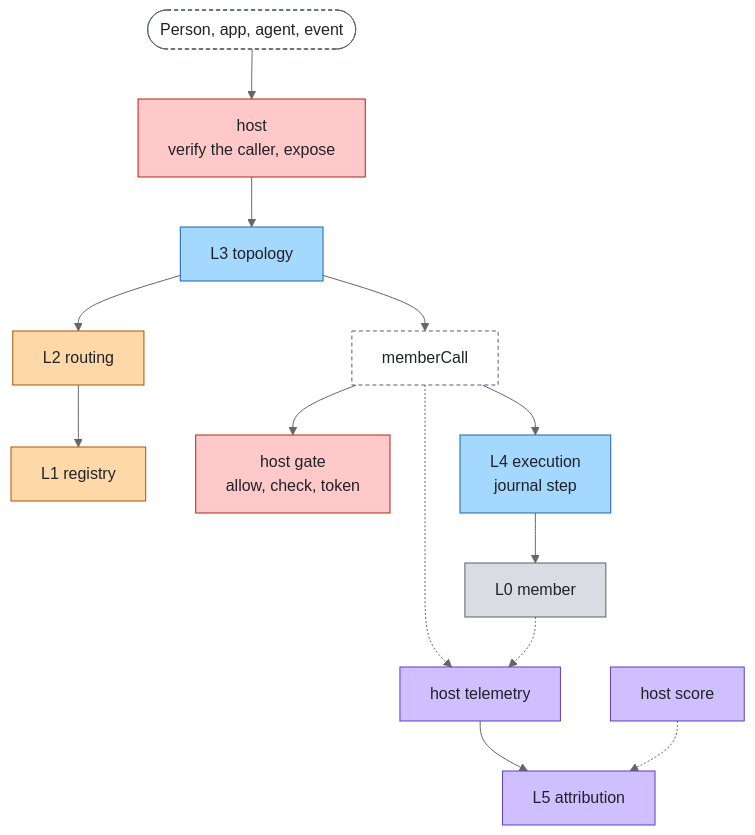
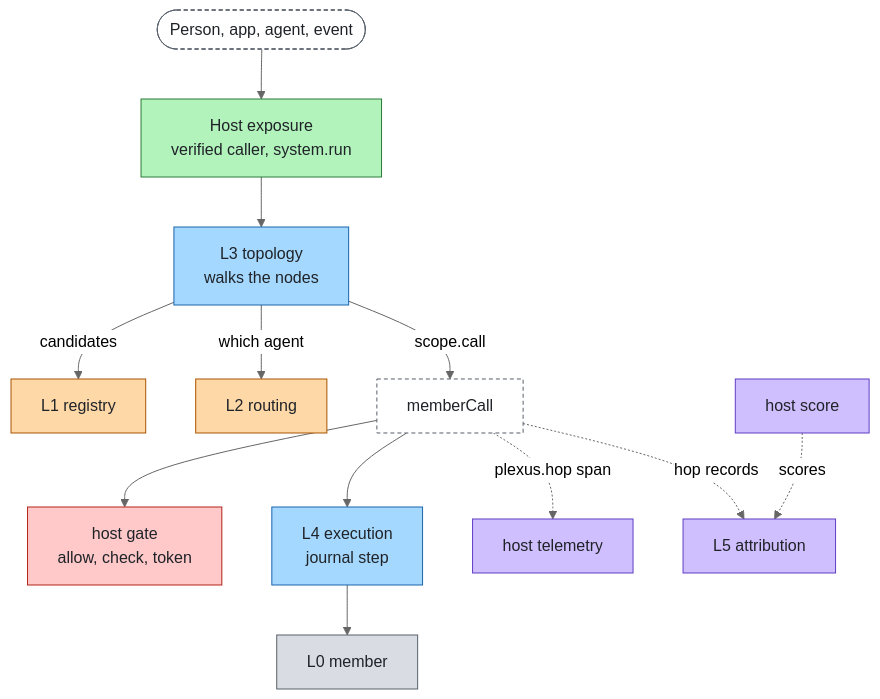
The second of 3 diagrams in docs/stack.md (aantenore/agent-plexus), drawn with Mermaid (neutral theme) before and after one commit. The commit also changed other lines of this file and 10 other files, not shown here.

First line of the commit message:
docs: system figure and diagrams in the agent-layers style

````diff
--- a/docs/stack.md
+++ b/docs/stack.md
@@ -67,21 +69,21 @@
 ```mermaid
 flowchart TB
-  client([Person, app, agent, event]):::external --> host[host<br/>verify the caller, expose]:::control
-  host --> topology[L3 topology]:::agent
-  topology --> routing[L2 routing]:::model
-  routing --> registry[L1 registry]:::model
-  topology --> mc[memberCall]:::external
-  mc --> gate[host gate<br/>allow, check, token]:::control
-  mc --> execution[L4 execution<br/>journal step]:::agent
-  execution --> member[L0 member]:::foundation
-  mc -.-> telemetry[host telemetry]:::insight
-  member -.-> telemetry
-  telemetry --> attribution[L5 attribution]:::insight
-  score[host score]:::insight -.-> attribution
+  client(["Person, app, agent, event"]):::external --> host["Host exposure<br/>verified caller, system.run"]:::experience
+  host --> topology["L3 topology<br/>walks the nodes"]:::agent
+  topology -->|"candidates"| registry["L1 registry"]:::model
+  topology -->|"which agent"| routing["L2 routing"]:::model
+  topology -->|"scope.call"| mc["memberCall"]:::external
+  mc --> gate["host gate<br/>allow, check, token"]:::control
+  mc --> execution["L4 execution<br/>journal step"]:::agent
+  execution --> member["L0 member"]:::foundation
+  mc -.->|"plexus.hop span"| telemetry["host telemetry"]:::insight
+  mc -.->|"hop records"| attribution["L5 attribution"]:::insight
+  score["host score"]:::insight -.->|"scores"| attribution
   classDef foundation fill:#d9dde3,stroke:#57606a,color:#1f2328
   classDef model fill:#ffd8a8,stroke:#a85400,color:#1f2328
   classDef agent fill:#a5d8ff,stroke:#1864ab,color:#1f2328
   classDef control fill:#ffc9c9,stroke:#b42318,color:#1f2328
+  classDef experience fill:#b2f2bb,stroke:#2a7a38,color:#1f2328
   classDef insight fill:#d0bfff,stroke:#5f3dc4,color:#1f2328
   classDef external fill:#ffffff,stroke:#57606a,color:#1f2328,stroke-dasharray:4 3
 ```
````
